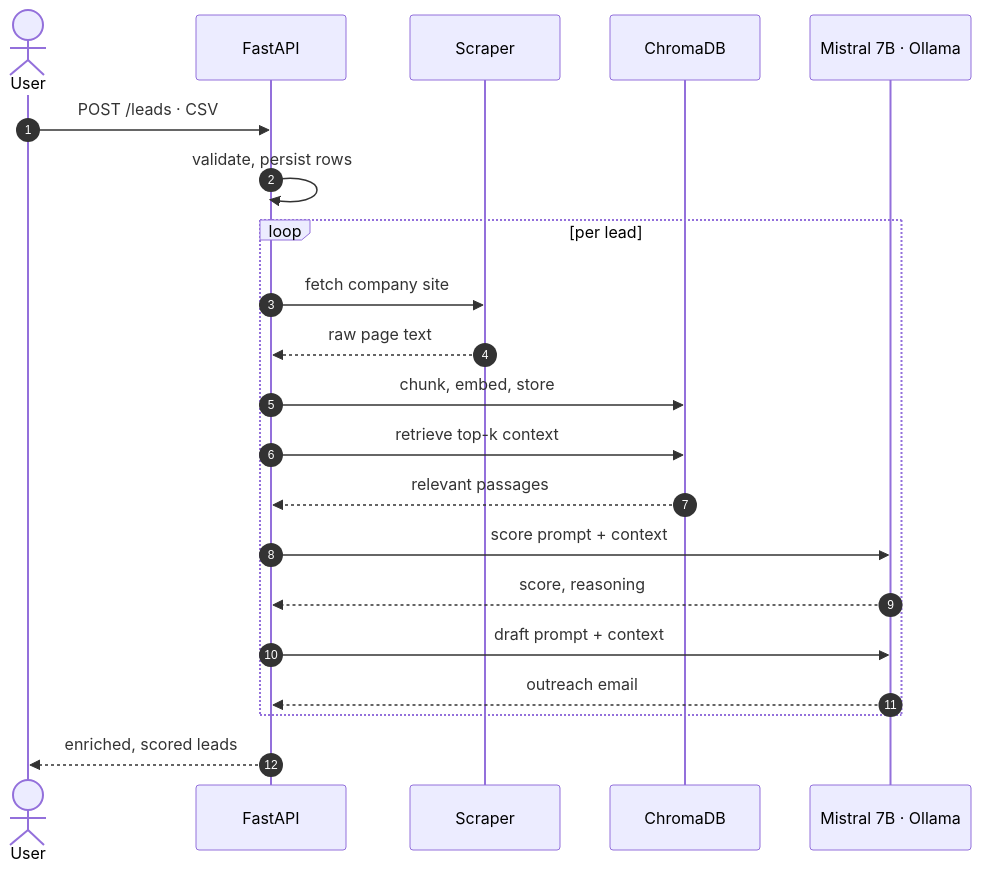
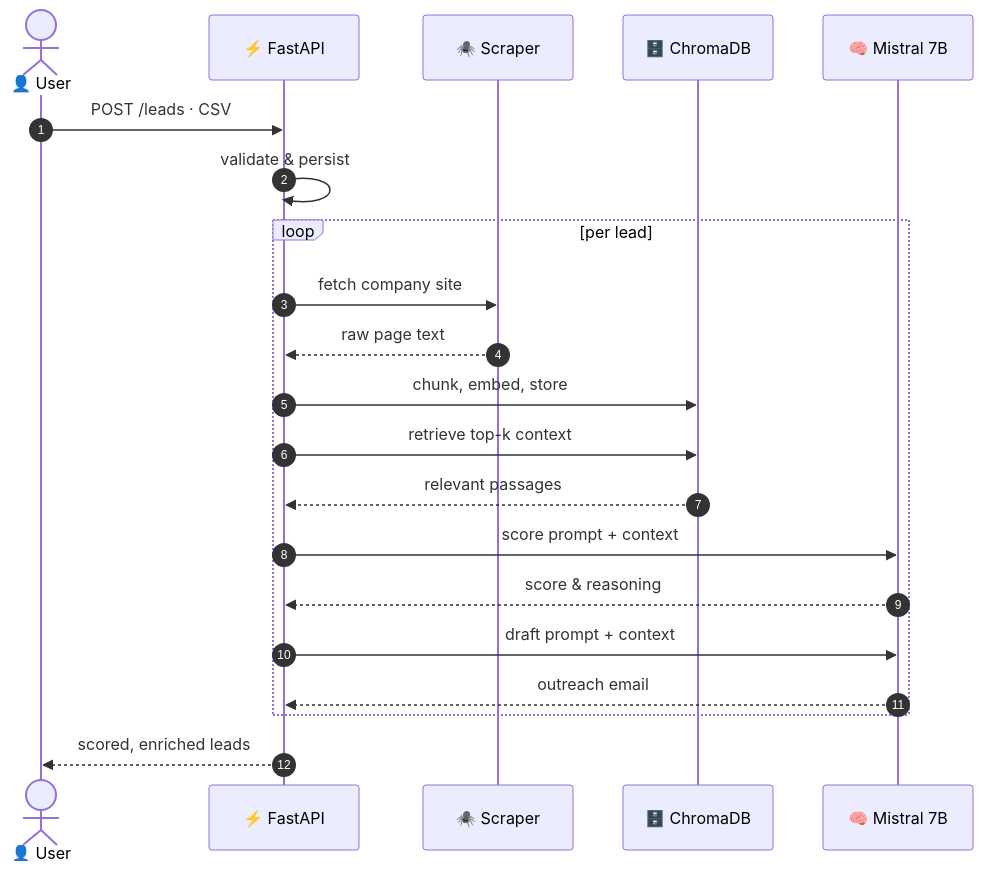
One commit to buildwithnikhat/buildwithnikhat changed the first of 2 diagrams in README.md. Above: the diagram before and after it, drawn with Mermaid. The commit also changed other lines of this file, not shown here.

````diff
--- a/README.md
+++ b/README.md
@@ -68,24 +130,24 @@
 ```mermaid
 sequenceDiagram
     autonumber
-    actor U as User
-    participant API as FastAPI
-    participant SC as Scraper
-    participant VS as ChromaDB
-    participant LLM as Mistral 7B · Ollama
+    actor U as 👤 User
+    participant API as ⚡ FastAPI
+    participant SC as 🕷️ Scraper
+    participant VS as 🗄️ ChromaDB
+    participant LLM as 🧠 Mistral 7B
 
     U->>API: POST /leads · CSV
-    API->>API: validate, persist rows
+    API->>API: validate & persist
     loop per lead
         API->>SC: fetch company site
         SC-->>API: raw page text
         API->>VS: chunk, embed, store
         API->>VS: retrieve top-k context
         VS-->>API: relevant passages
         API->>LLM: score prompt + context
-        LLM-->>API: score, reasoning
+        LLM-->>API: score & reasoning
         API->>LLM: draft prompt + context
         LLM-->>API: outreach email
     end
-    API-->>U: enriched, scored leads
+    API-->>U: scored, enriched leads
 ```
````
